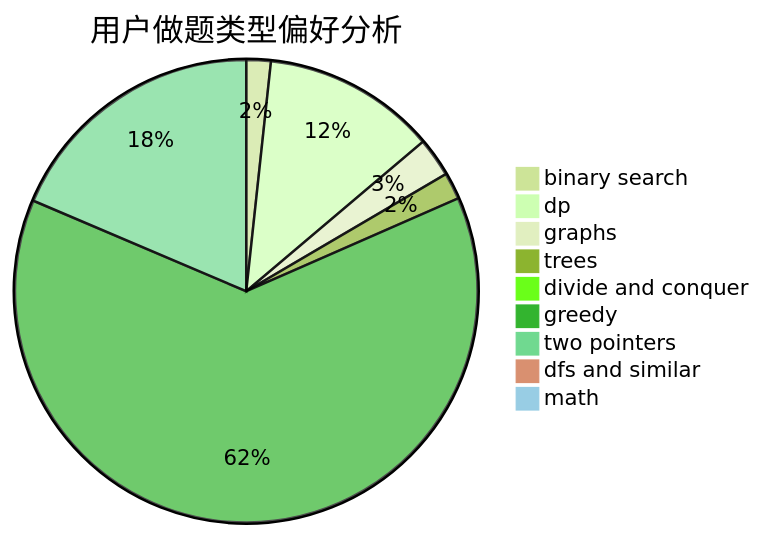
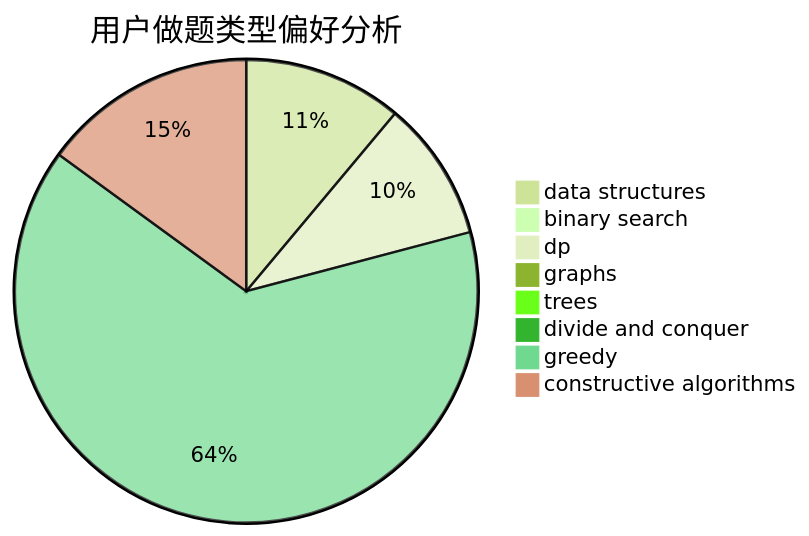
One commit to sherpahu/cfrs.github.io changed the second of 3 diagrams in docs/user/u1237.md. Above: the diagram before and after it, drawn with Mermaid (forest theme). The commit also changed other lines of this file and 2775 other files, not shown here.

````diff
--- a/docs/user/u1237.md
+++ b/docs/user/u1237.md
@@ -23,12 +23,11 @@
 ```mermaid
 pie title 用户做题类型偏好分析
-    "binary search" :  10
-    "dp" :  71
-    "graphs" :  16
-    "trees" :  11
+    "data structures" :  60
+    "binary search" :  1
+    "dp" :  53
+    "graphs" :  0
+    "trees" :  1
     "divide and conquer" :  0
-    "greedy" :  369
-    "two pointers" :  109
-    "dfs and similar" :  3
-    "math" :  3
+    "greedy" :  347
+    "constructive algorithms" :  81
 ```
````
